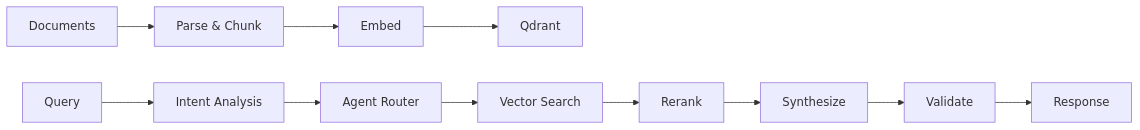
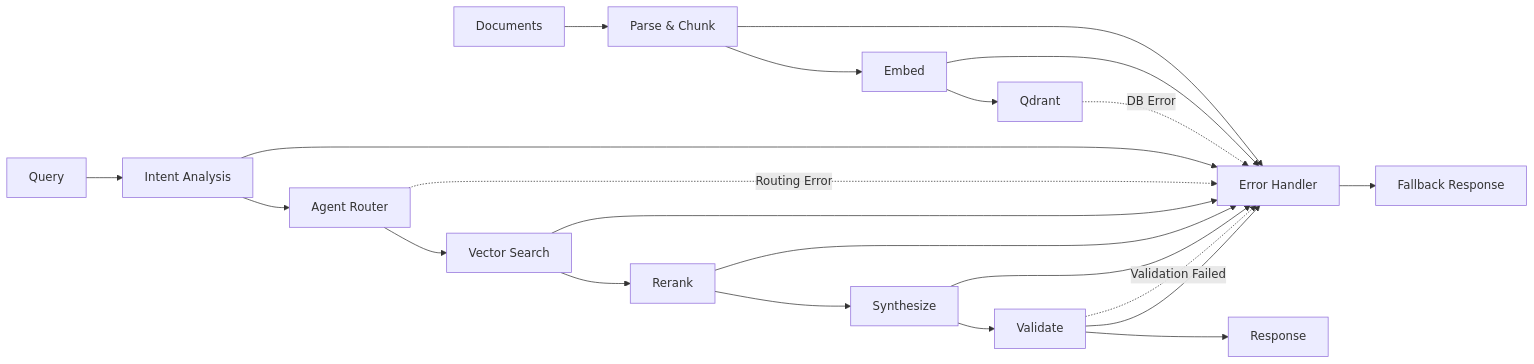
The diagram in CLAUDE.md (osbornesec/cpskdb), drawn with Mermaid before and after one commit. The commit also changed other lines of this file and 54 other files, not shown here.

````diff
--- a/CLAUDE.md
+++ b/CLAUDE.md
@@ -18,6 +18,21 @@
 ```mermaid
 graph LR
     A[Documents] --> B[Parse & Chunk] --> C[Embed] --> D[Qdrant]
     E[Query] --> F[Intent Analysis] --> G[Agent Router] --> H[Vector Search]
     H --> I[Rerank] --> J[Synthesize] --> K[Validate] --> L[Response]
+    
+    %% Error paths and fallback handling
+    B --> M[Error Handler]
+    C --> M
+    F --> M
+    H --> M
+    I --> M
+    J --> M
+    K --> M
+    M --> N[Fallback Response]
+    
+    %% Component failure states
+    D -.->|DB Error| M
+    G -.->|Routing Error| M
+    K -.->|Validation Failed| M
 ```
````
